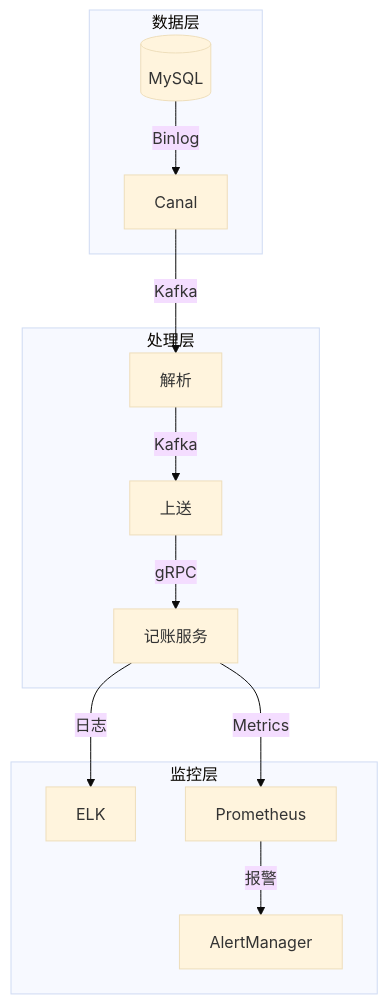
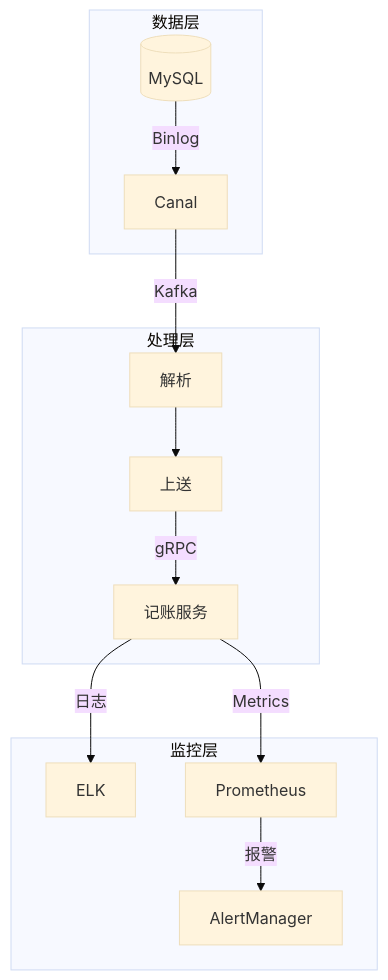
One commit to 87828943/iodraw-files changed the diagram in all/未命名.md. Above: the diagram before and after it, drawn with Mermaid (base theme).

Commit message:
2025-07-01 10:40:31 update

````diff
--- a/all/未命名.md
+++ b/all/未命名.md
@@ -1,16 +1,16 @@
 ```mermaid
 graph TB
     subgraph 数据层
         DB[(MySQL)] -->|Binlog| Canal
     end
     subgraph 处理层
         Canal -->|Kafka| Parser[解析]
-        Parser -->|Kafka| Engine[上送]
+        Parser --> Engine[上送]
         Engine -->|gRPC| Accounting[记账服务]
     end
     subgraph 监控层
         Accounting -->|日志| ELK
         Accounting -->|Metrics| Prometheus
         Prometheus -->|报警| AlertManager
     end
 ```
````
